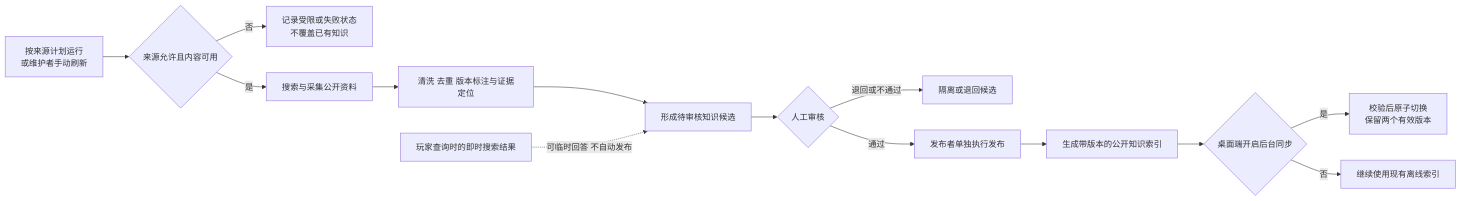
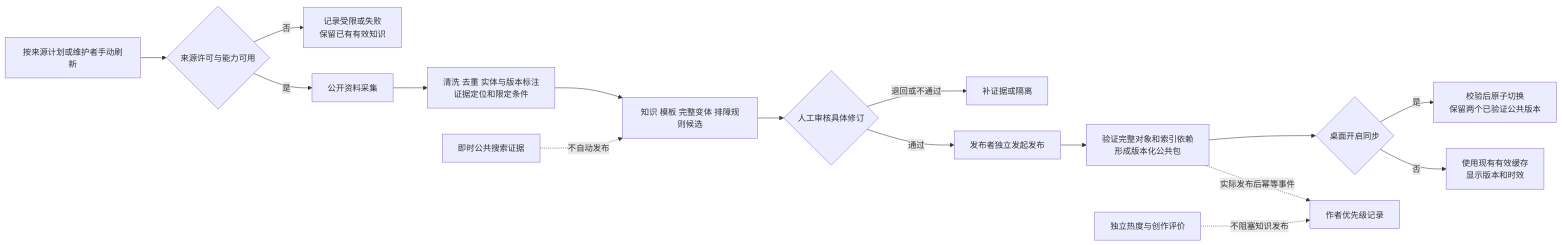
Before and after one commit to xingyahui-yz/starhelp: the second of 2 diagrams in README.md, drawn with Mermaid. The commit also changed other lines of this file and 7 other files, not shown here.

````diff
--- a/README.md
+++ b/README.md
@@ -41,16 +69,18 @@
 ```mermaid
 flowchart LR
-    A[按来源计划运行<br/>或维护者手动刷新] --> B{来源允许且内容可用}
-    B -- 否 --> C[记录受限或失败状态<br/>不覆盖已有知识]
-    B -- 是 --> D[搜索与采集公开资料]
-    D --> E[清洗 去重 版本标注与证据定位]
-    E --> F[形成待审核知识候选]
-    G[玩家查询时的即时搜索结果] -. 可临时回答 不自动发布 .-> F
-    F --> H{人工审核}
-    H -- 退回或不通过 --> I[隔离或退回候选]
-    H -- 通过 --> J[发布者单独执行发布]
-    J --> K[生成带版本的公开知识索引]
-    K --> L{桌面端开启后台同步}
-    L -- 是 --> M[校验后原子切换<br/>保留两个有效版本]
-    L -- 否 --> N[继续使用现有离线索引]
+    A[按来源计划或维护者手动刷新] --> B{来源许可与能力可用}
+    B -- 否 --> C[记录受限或失败<br/>保留已有有效知识]
+    B -- 是 --> D[公开资料采集]
+    D --> E[清洗 去重 实体与版本标注<br/>证据定位和限定条件]
+    E --> F[知识 模板 完整变体 排障规则候选]
+    G[即时公共搜索证据] -. 不自动发布 .-> F
+    F --> H{人工审核具体修订}
+    H -- 退回或不通过 --> I[补证据或隔离]
+    H -- 通过 --> J[发布者独立发起发布]
+    J --> K[验证完整对象和索引依赖<br/>形成版本化公共包]
+    K --> L{桌面开启同步}
+    L -- 是 --> M[校验后原子切换<br/>保留两个已验证公共版本]
+    L -- 否 --> N[使用现有有效缓存<br/>显示版本和时效]
+    K -. 实际发布后幂等事件 .-> O[作者优先级记录]
+    P[独立热度与创作评价] -. 不阻塞知识发布 .-> O
 ```
````
